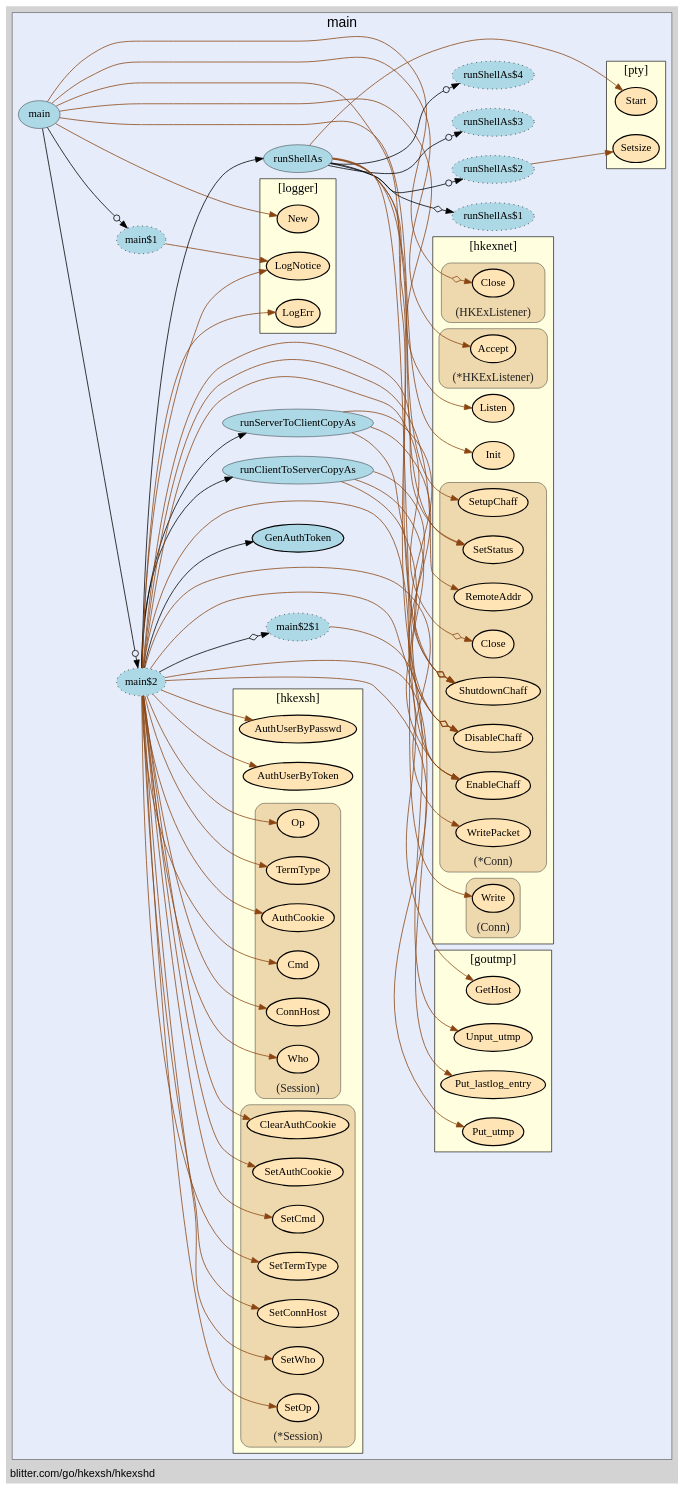
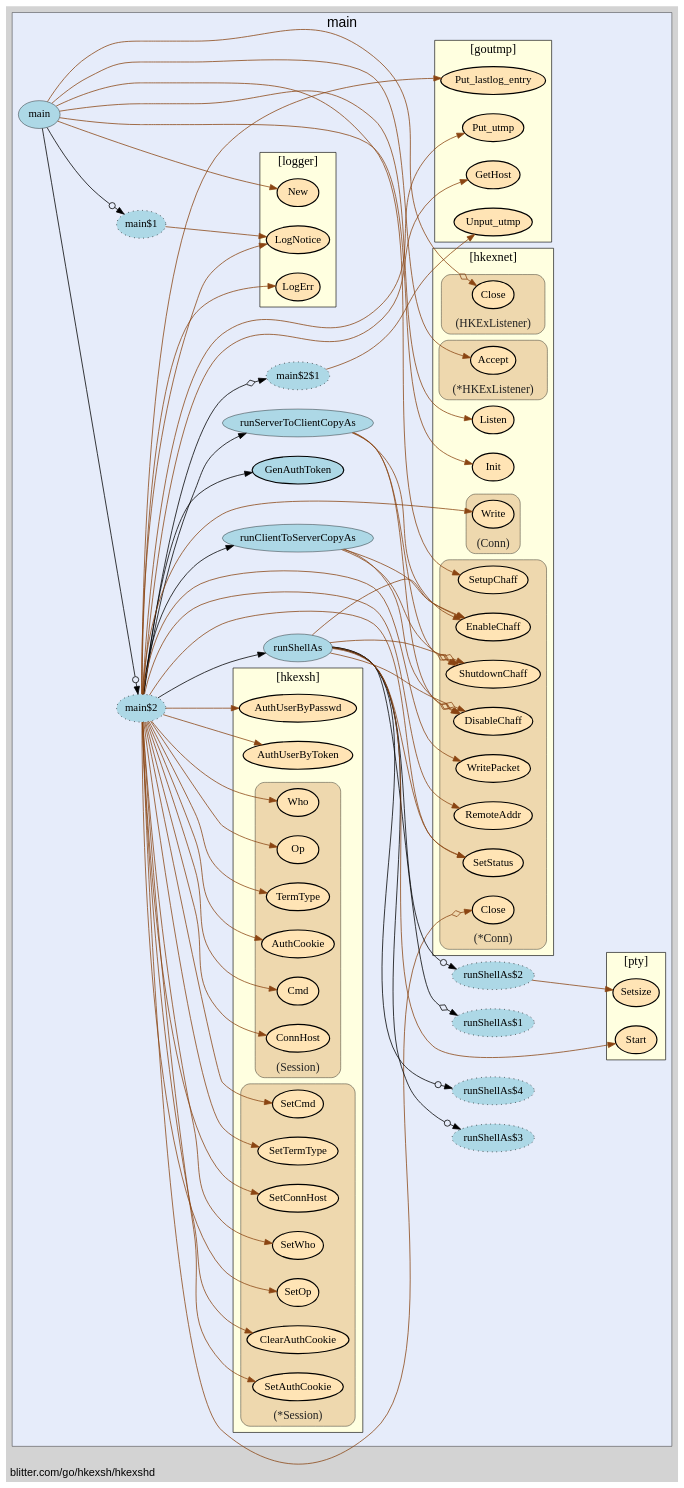
Before and after one commit to isgasho/xs: the diagram in hkexshd/hkexshd-vis.gv, drawn with Graphviz. The commit also changed 10 other files, not shown here.

Commit message:
Added PNG go-callvis diagrams

```diff
--- a/hkexshd/hkexshd-vis.gv
+++ b/hkexshd/hkexshd-vis.gv
@@ -14,72 +14,72 @@
     edge [minlen="2"]
 
     subgraph "cluster_focus" {
-        bgcolor="#e6ecfa";
+        fontsize="18";
+bgcolor="#e6ecfa";
 label="main";
 labelloc="t";
 labeljust="c";
-fontsize="18";
         
+        "blitter.com/go/hkexsh/hkexshd.runServerToClientCopyAs" [ label="runServerToClientCopyAs" penwidth="0.5" fillcolor="lightblue" ]
+        "blitter.com/go/hkexsh/hkexshd.main$2$1" [ fillcolor="lightblue" label="main$2$1" style="dotted,filled" ]
         "blitter.com/go/hkexsh/hkexshd.main" [ fillcolor="lightblue" label="main" penwidth="0.5" ]
-        "blitter.com/go/hkexsh/hkexshd.main$1" [ label="main$1" style="dotted,filled" fillcolor="lightblue" ]
+        "blitter.com/go/hkexsh/hkexshd.main$1" [ fillcolor="lightblue" label="main$1" style="dotted,filled" ]
         "blitter.com/go/hkexsh/hkexshd.main$2" [ fillcolor="lightblue" label="main$2" style="dotted,filled" ]
-        "blitter.com/go/hkexsh/hkexshd.GenAuthToken" [ label="GenAuthToken" penwidth="1.5" fillcolor="lightblue" ]
+        "blitter.com/go/hkexsh/hkexshd.GenAuthToken" [ penwidth="1.5" fillcolor="lightblue" label="GenAuthToken" ]
         "blitter.com/go/hkexsh/hkexshd.runShellAs" [ fillcolor="lightblue" label="runShellAs" penwidth="0.5" ]
         "blitter.com/go/hkexsh/hkexshd.runShellAs$1" [ fillcolor="lightblue" label="runShellAs$1" style="dotted,filled" ]
-        "blitter.com/go/hkexsh/hkexshd.runShellAs$2" [ fillcolor="lightblue" label="runShellAs$2" style="dotted,filled" ]
+        "blitter.com/go/hkexsh/hkexshd.runShellAs$2" [ label="runShellAs$2" style="dotted,filled" fillcolor="lightblue" ]
         "blitter.com/go/hkexsh/hkexshd.runShellAs$3" [ fillcolor="lightblue" label="runShellAs$3" style="dotted,filled" ]
         "blitter.com/go/hkexsh/hkexshd.runShellAs$4" [ fillcolor="lightblue" label="runShellAs$4" style="dotted,filled" ]
-        "blitter.com/go/hkexsh/hkexshd.main$2$1" [ fillcolor="lightblue" label="main$2$1" style="dotted,filled" ]
         "blitter.com/go/hkexsh/hkexshd.runClientToServerCopyAs" [ fillcolor="lightblue" label="runClientToServerCopyAs" penwidth="0.5" ]
-        "blitter.com/go/hkexsh/hkexshd.runServerToClientCopyAs" [ fillcolor="lightblue" label="runServerToClientCopyAs" penwidth="0.5" ]
         
         subgraph "cluster_blitter.com/go/goutmp" {
-        URL="/?f=blitter.com/go/goutmp";
-tooltip="package: blitter.com/go/goutmp";
+        fontsize="16";
+style="filled";
+fontname="bold";
+URL="/?f=blitter.com/go/goutmp";
+penwidth="0.8";
 fillcolor="lightyellow";
-fontname="bold";
 rank="sink";
 label="[goutmp]";
-penwidth="0.8";
-fontsize="16";
-style="filled";
+tooltip="package: blitter.com/go/goutmp";
         
+        "blitter.com/go/goutmp.Unput_utmp" [ fillcolor="moccasin" label="Unput_utmp" penwidth="1.5" ]
         "blitter.com/go/goutmp.GetHost" [ fillcolor="moccasin" label="GetHost" penwidth="1.5" ]
-        "blitter.com/go/goutmp.Put_utmp" [ fillcolor="moccasin" label="Put_utmp" penwidth="1.5" ]
-        "blitter.com/go/goutmp.Unput_utmp" [ fillcolor="moccasin" label="Unput_utmp" penwidth="1.5" ]
+        "blitter.com/go/goutmp.Put_utmp" [ penwidth="1.5" fillcolor="moccasin" label="Put_utmp" ]
         "blitter.com/go/goutmp.Put_lastlog_entry" [ fillcolor="moccasin" label="Put_lastlog_entry" penwidth="1.5" ]
         
     }
 
         subgraph "cluster_blitter.com/go/hkexsh" {
-        penwidth="0.8";
-fontsize="16";
-style="filled";
+        fontsize="16";
 fontname="bold";
 rank="sink";
+URL="/?f=blitter.com/go/hkexsh";
+tooltip="package: blitter.com/go/hkexsh";
+penwidth="0.8";
+style="filled";
+fillcolor="lightyellow";
 label="[hkexsh]";
-URL="/?f=blitter.com/go/hkexsh";
-fillcolor="lightyellow";
-tooltip="package: blitter.com/go/hkexsh";
         
         "blitter.com/go/hkexsh.AuthUserByToken" [ fillcolor="moccasin" label="AuthUserByToken" penwidth="1.5" ]
-        "blitter.com/go/hkexsh.AuthUserByPasswd" [ fillcolor="moccasin" label="AuthUserByPasswd" penwidth="1.5" ]
+        "blitter.com/go/hkexsh.AuthUserByPasswd" [ penwidth="1.5" fillcolor="moccasin" label="AuthUserByPasswd" ]
         
         subgraph "cluster_*blitter.com/go/hkexsh.Session" {
-        style="rounded,filled";
-fillcolor="wheat2";
+        fillcolor="wheat2";
 label="(*Session)";
 tooltip="type: *blitter.com/go/hkexsh.Session";
 penwidth="0.5";
 fontsize="15";
 fontcolor="#222222";
 labelloc="b";
+style="rounded,filled";
         
-        "(*blitter.com/go/hkexsh.Session).SetOp" [ label="SetOp" penwidth="1.5" fillcolor="moccasin" ]
+        "(*blitter.com/go/hkexsh.Session).SetOp" [ fillcolor="moccasin" label="SetOp" penwidth="1.5" ]
         "(*blitter.com/go/hkexsh.Session).SetWho" [ fillcolor="moccasin" label="SetWho" penwidth="1.5" ]
-        "(*blitter.com/go/hkexsh.Session).SetConnHost" [ fillcolor="moccasin" label="SetConnHost" penwidth="1.5" ]
+        "(*blitter.com/go/hkexsh.Session).SetConnHost" [ penwidth="1.5" fillcolor="moccasin" label="SetConnHost" ]
         "(*blitter.com/go/hkexsh.Session).SetTermType" [ fillcolor="moccasin" label="SetTermType" penwidth="1.5" ]
-        "(*blitter.com/go/hkexsh.Session).SetCmd" [ fillcolor="moccasin" label="SetCmd" penwidth="1.5" ]
+        "(*blitter.com/go/hkexsh.Session).SetCmd" [ label="SetCmd" penwidth="1.5" fillcolor="moccasin" ]
         "(*blitter.com/go/hkexsh.Session).SetAuthCookie" [ fillcolor="moccasin" label="SetAuthCookie" penwidth="1.5" ]
         "(*blitter.com/go/hkexsh.Session).ClearAuthCookie" [ fillcolor="moccasin" label="ClearAuthCookie" penwidth="1.5" ]
         
@@ -98,46 +98,46 @@
         "(blitter.com/go/hkexsh.Session).Op" [ fillcolor="moccasin" label="Op" penwidth="1.5" ]
         "(blitter.com/go/hkexsh.Session).Who" [ fillcolor="moccasin" label="Who" penwidth="1.5" ]
         "(blitter.com/go/hkexsh.Session).ConnHost" [ fillcolor="moccasin" label="ConnHost" penwidth="1.5" ]
-        "(blitter.com/go/hkexsh.Session).Cmd" [ label="Cmd" penwidth="1.5" fillcolor="moccasin" ]
+        "(blitter.com/go/hkexsh.Session).Cmd" [ fillcolor="moccasin" label="Cmd" penwidth="1.5" ]
         "(blitter.com/go/hkexsh.Session).AuthCookie" [ fillcolor="moccasin" label="AuthCookie" penwidth="1.5" ]
-        "(blitter.com/go/hkexsh.Session).TermType" [ penwidth="1.5" fillcolor="moccasin" label="TermType" ]
+        "(blitter.com/go/hkexsh.Session).TermType" [ fillcolor="moccasin" label="TermType" penwidth="1.5" ]
         
     }
 
     }
 
         subgraph "cluster_blitter.com/go/hkexsh/hkexnet" {
-        penwidth="0.8";
+        rank="sink";
+URL="/?f=blitter.com/go/hkexsh/hkexnet";
+tooltip="package: blitter.com/go/hkexsh/hkexnet";
 fontsize="16";
+style="filled";
 fontname="bold";
-rank="sink";
-tooltip="package: blitter.com/go/hkexsh/hkexnet";
-style="filled";
+penwidth="0.8";
 fillcolor="lightyellow";
 label="[hkexnet]";
-URL="/?f=blitter.com/go/hkexsh/hkexnet";
         
         "blitter.com/go/hkexsh/hkexnet.Init" [ fillcolor="moccasin" label="Init" penwidth="1.5" ]
-        "blitter.com/go/hkexsh/hkexnet.Listen" [ label="Listen" penwidth="1.5" fillcolor="moccasin" ]
+        "blitter.com/go/hkexsh/hkexnet.Listen" [ fillcolor="moccasin" label="Listen" penwidth="1.5" ]
         
         subgraph "cluster_*blitter.com/go/hkexsh/hkexnet.Conn" {
-        style="rounded,filled";
-fillcolor="wheat2";
-label="(*Conn)";
+        label="(*Conn)";
 tooltip="type: *blitter.com/go/hkexsh/hkexnet.Conn";
 penwidth="0.5";
 fontsize="15";
 fontcolor="#222222";
 labelloc="b";
+style="rounded,filled";
+fillcolor="wheat2";
         
+        "(*blitter.com/go/hkexsh/hkexnet.Conn).EnableChaff" [ fillcolor="moccasin" label="EnableChaff" penwidth="1.5" ]
+        "(*blitter.com/go/hkexsh/hkexnet.Conn).DisableChaff" [ fillcolor="moccasin" label="DisableChaff" penwidth="1.5" ]
+        "(*blitter.com/go/hkexsh/hkexnet.Conn).ShutdownChaff" [ fillcolor="moccasin" label="ShutdownChaff" penwidth="1.5" ]
         "(*blitter.com/go/hkexsh/hkexnet.Conn).SetupChaff" [ fillcolor="moccasin" label="SetupChaff" penwidth="1.5" ]
-        "(*blitter.com/go/hkexsh/hkexnet.Conn).Close" [ label="Close" penwidth="1.5" fillcolor="moccasin" ]
+        "(*blitter.com/go/hkexsh/hkexnet.Conn).Close" [ fillcolor="moccasin" label="Close" penwidth="1.5" ]
         "(*blitter.com/go/hkexsh/hkexnet.Conn).RemoteAddr" [ fillcolor="moccasin" label="RemoteAddr" penwidth="1.5" ]
-        "(*blitter.com/go/hkexsh/hkexnet.Conn).EnableChaff" [ penwidth="1.5" fillcolor="moccasin" label="EnableChaff" ]
-        "(*blitter.com/go/hkexsh/hkexnet.Conn).DisableChaff" [ fillcolor="moccasin" label="DisableChaff" penwidth="1.5" ]
-        "(*blitter.com/go/hkexsh/hkexnet.Conn).ShutdownChaff" [ label="ShutdownChaff" penwidth="1.5" fillcolor="moccasin" ]
-        "(*blitter.com/go/hkexsh/hkexnet.Conn).SetStatus" [ fillcolor="moccasin" label="SetStatus" penwidth="1.5" ]
-        "(*blitter.com/go/hkexsh/hkexnet.Conn).WritePacket" [ label="WritePacket" penwidth="1.5" fillcolor="moccasin" ]
+        "(*blitter.com/go/hkexsh/hkexnet.Conn).SetStatus" [ label="SetStatus" penwidth="1.5" fillcolor="moccasin" ]
+        "(*blitter.com/go/hkexsh/hkexnet.Conn).WritePacket" [ penwidth="1.5" fillcolor="moccasin" label="WritePacket" ]
         
     }
 
@@ -156,28 +156,28 @@
     }
 
         subgraph "cluster_blitter.com/go/hkexsh/hkexnet.Conn" {
-        tooltip="type: blitter.com/go/hkexsh/hkexnet.Conn";
-penwidth="0.5";
-fontsize="15";
+        fontsize="15";
 fontcolor="#222222";
 labelloc="b";
 style="rounded,filled";
 fillcolor="wheat2";
 label="(Conn)";
+tooltip="type: blitter.com/go/hkexsh/hkexnet.Conn";
+penwidth="0.5";
         
         "(blitter.com/go/hkexsh/hkexnet.Conn).Write" [ fillcolor="moccasin" label="Write" penwidth="1.5" ]
         
     }
 
         subgraph "cluster_blitter.com/go/hkexsh/hkexnet.HKExListener" {
-        fontsize="15";
+        fillcolor="wheat2";
+label="(HKExListener)";
+tooltip="type: blitter.com/go/hkexsh/hkexnet.HKExListener";
+penwidth="0.5";
+fontsize="15";
 fontcolor="#222222";
 labelloc="b";
 style="rounded,filled";
-fillcolor="wheat2";
-label="(HKExListener)";
-tooltip="type: blitter.com/go/hkexsh/hkexnet.HKExListener";
-penwidth="0.5";
         
         "(blitter.com/go/hkexsh/hkexnet.HKExListener).Close" [ fillcolor="moccasin" label="Close" penwidth="1.5" ]
         
@@ -186,40 +186,44 @@
     }
 
         subgraph "cluster_blitter.com/go/hkexsh/logger" {
-        label="[logger]";
+        URL="/?f=blitter.com/go/hkexsh/logger";
 tooltip="package: blitter.com/go/hkexsh/logger";
-rank="sink";
+penwidth="0.8";
 fontsize="16";
 style="filled";
 fillcolor="lightyellow";
+rank="sink";
+label="[logger]";
 fontname="bold";
-URL="/?f=blitter.com/go/hkexsh/logger";
-penwidth="0.8";
         
-        "blitter.com/go/hkexsh/logger.New" [ penwidth="1.5" fillcolor="moccasin" label="New" ]
-        "blitter.com/go/hkexsh/logger.LogNotice" [ fillcolor="moccasin" label="LogNotice" penwidth="1.5" ]
+        "blitter.com/go/hkexsh/logger.New" [ fillcolor="moccasin" label="New" penwidth="1.5" ]
+        "blitter.com/go/hkexsh/logger.LogNotice" [ label="LogNotice" penwidth="1.5" fillcolor="moccasin" ]
         "blitter.com/go/hkexsh/logger.LogErr" [ fillcolor="moccasin" label="LogErr" penwidth="1.5" ]
         
     }
 
         subgraph "cluster_github.com/kr/pty" {
-        tooltip="package: github.com/kr/pty";
+        style="filled";
+penwidth="0.8";
 fontsize="16";
-fontname="bold";
+rank="sink";
 label="[pty]";
 URL="/?f=github.com/kr/pty";
-penwidth="0.8";
-style="filled";
+tooltip="package: github.com/kr/pty";
 fillcolor="lightyellow";
-rank="sink";
+fontname="bold";
         
-        "github.com/kr/pty.Start" [ penwidth="1.5" fillcolor="moccasin" label="Start" ]
+        "github.com/kr/pty.Start" [ label="Start" penwidth="1.5" fillcolor="moccasin" ]
         "github.com/kr/pty.Setsize" [ fillcolor="moccasin" label="Setsize" penwidth="1.5" ]
         
     }
 
     }
 
+    "blitter.com/go/hkexsh/hkexshd.runServerToClientCopyAs" -> "(*blitter.com/go/hkexsh/hkexnet.Conn).EnableChaff" [ color="saddlebrown" ]
+    "blitter.com/go/hkexsh/hkexshd.runServerToClientCopyAs" -> "(*blitter.com/go/hkexsh/hkexnet.Conn).DisableChaff" [ arrowhead="normalnoneodiamond" color="saddlebrown" ]
+    "blitter.com/go/hkexsh/hkexshd.runServerToClientCopyAs" -> "(*blitter.com/go/hkexsh/hkexnet.Conn).ShutdownChaff" [ color="saddlebrown" arrowhead="normalnoneodiamond" ]
+    "blitter.com/go/hkexsh/hkexshd.main$2$1" -> "blitter.com/go/goutmp.Unput_utmp" [ color="saddlebrown" ]
     "blitter.com/go/hkexsh/hkexshd.main" -> "blitter.com/go/hkexsh/logger.New" [ color="saddlebrown" ]
     "blitter.com/go/hkexsh/hkexshd.main" -> "blitter.com/go/hkexsh/hkexnet.Init" [ color="saddlebrown" ]
     "blitter.com/go/hkexsh/hkexshd.main$1" -> "blitter.com/go/hkexsh/logger.LogNotice" [ color="saddlebrown" ]
@@ -263,7 +267,6 @@
     "blitter.com/go/hkexsh/hkexshd.main$2" -> "blitter.com/go/hkexsh/logger.LogErr" [ color="saddlebrown" ]
     "blitter.com/go/hkexsh/hkexshd.main$2" -> "(*blitter.com/go/hkexsh/hkexnet.Conn).SetStatus" [ color="saddlebrown" ]
     "blitter.com/go/hkexsh/hkexshd.main$2" -> "blitter.com/go/goutmp.Put_utmp" [ color="saddlebrown" ]
-    "blitter.com/go/hkexsh/hkexshd.main$2$1" -> "blitter.com/go/goutmp.Unput_utmp" [ color="saddlebrown" ]
     "blitter.com/go/hkexsh/hkexshd.main$2" -> "blitter.com/go/hkexsh/hkexshd.main$2$1" [ arrowhead="normalnoneodiamond" ]
     "blitter.com/go/hkexsh/hkexshd.main$2" -> "blitter.com/go/goutmp.Put_lastlog_entry" [ color="saddlebrown" ]
     "blitter.com/go/hkexsh/hkexshd.runClientToServerCopyAs" -> "(*blitter.com/go/hkexsh/hkexnet.Conn).EnableChaff" [ color="saddlebrown" ]
@@ -271,9 +274,6 @@
     "blitter.com/go/hkexsh/hkexshd.runClientToServerCopyAs" -> "(*blitter.com/go/hkexsh/hkexnet.Conn).ShutdownChaff" [ arrowhead="normalnoneodiamond" color="saddlebrown" ]
     "blitter.com/go/hkexsh/hkexshd.main$2" -> "blitter.com/go/hkexsh/hkexshd.runClientToServerCopyAs" [  ]
     "blitter.com/go/hkexsh/hkexshd.main$2" -> "(*blitter.com/go/hkexsh/hkexnet.Conn).WritePacket" [ color="saddlebrown" ]
-    "blitter.com/go/hkexsh/hkexshd.runServerToClientCopyAs" -> "(*blitter.com/go/hkexsh/hkexnet.Conn).EnableChaff" [ color="saddlebrown" ]
-    "blitter.com/go/hkexsh/hkexshd.runServerToClientCopyAs" -> "(*blitter.com/go/hkexsh/hkexnet.Conn).DisableChaff" [ arrowhead="normalnoneodiamond" color="saddlebrown" ]
-    "blitter.com/go/hkexsh/hkexshd.runServerToClientCopyAs" -> "(*blitter.com/go/hkexsh/hkexnet.Conn).ShutdownChaff" [ arrowhead="normalnoneodiamond" color="saddlebrown" ]
     "blitter.com/go/hkexsh/hkexshd.main$2" -> "blitter.com/go/hkexsh/hkexshd.runServerToClientCopyAs" [  ]
     "blitter.com/go/hkexsh/hkexshd.main" -> "blitter.com/go/hkexsh/hkexshd.main$2" [ arrowhead="normalnoneodot" ]
 }
```
